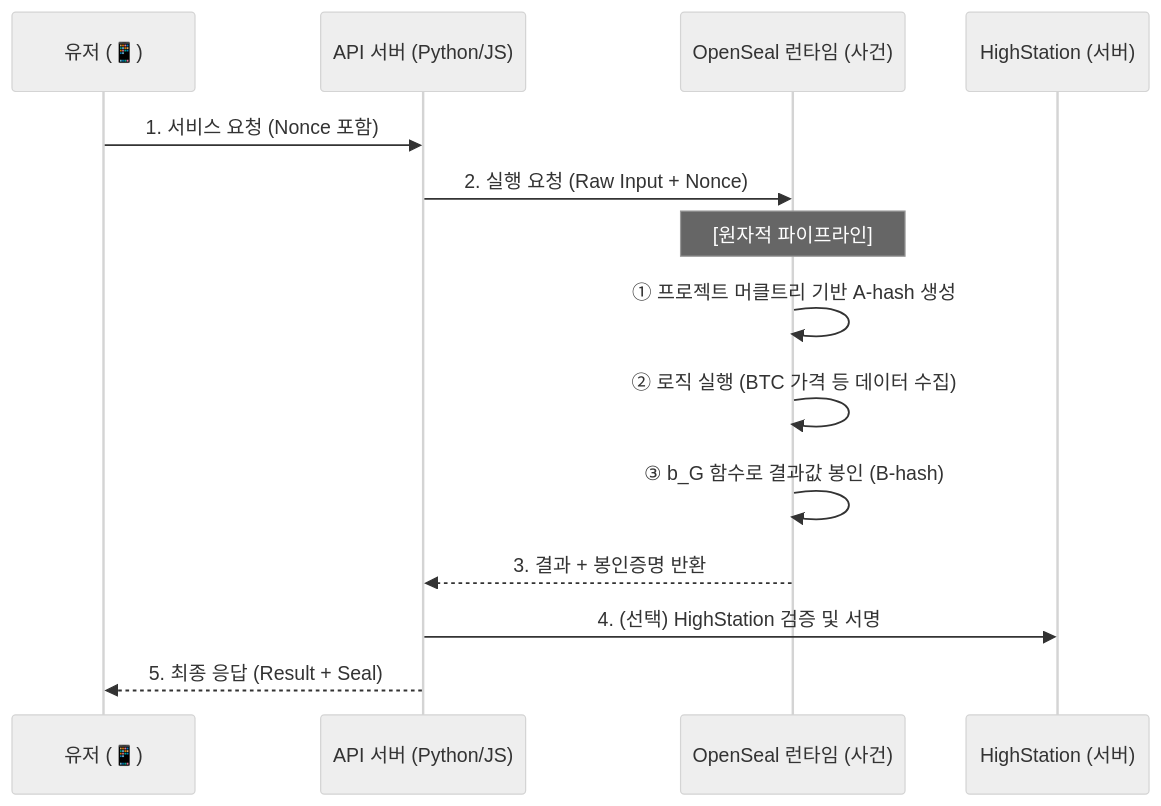
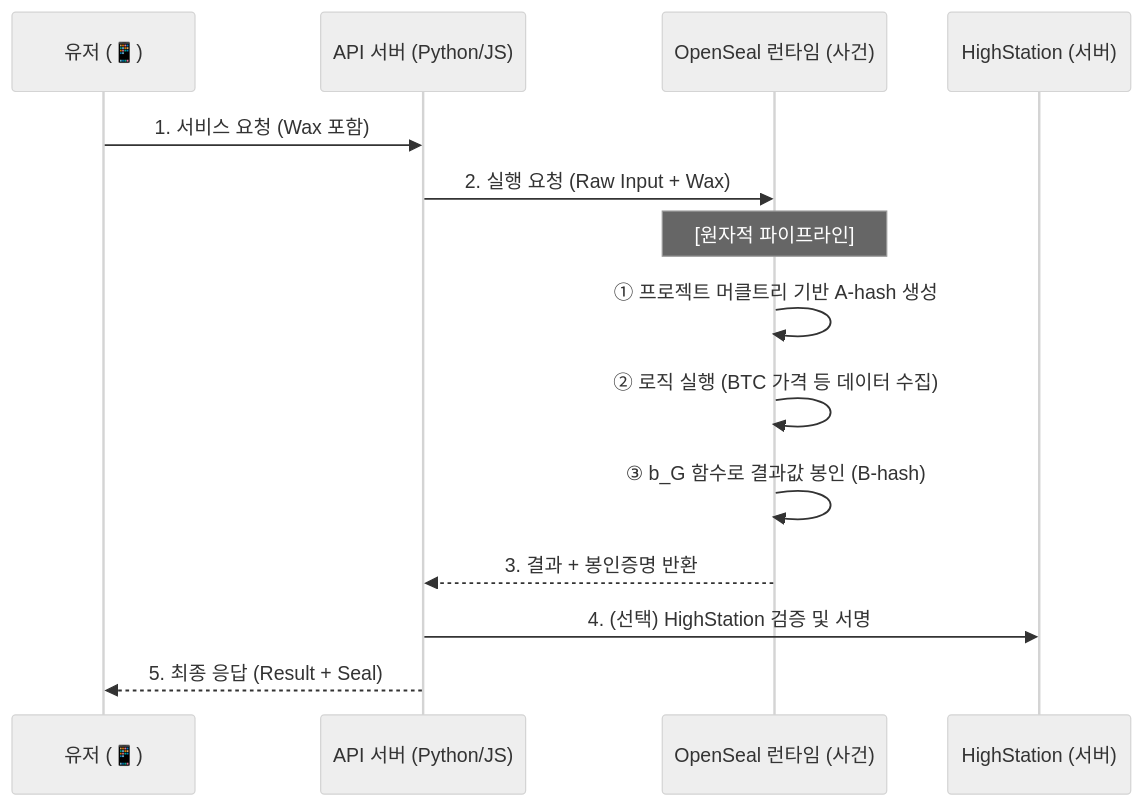
The diagram in README_KR.md (Gnomone/openseal), drawn with Mermaid (neutral theme) before and after one commit. The commit also changed 6 other files, not shown here.

First line of the commit message:
feat: rename nonce to wax for metaphorical branding

````diff
--- a/README_KR.md
+++ b/README_KR.md
@@ -37,19 +37,19 @@
 ```mermaid
 sequenceDiagram
     participant Client as 유저 (📱)
     participant Case as API 서버 (Python/JS)
     participant Event as OpenSeal 런타임 (사건)
     participant HS as HighStation (서버)
 
-    Client->>Case: 1. 서비스 요청 (Nonce 포함)
-    Case->>Event: 2. 실행 요청 (Raw Input + Nonce)
+    Client->>Case: 1. 서비스 요청 (Wax 포함)
+    Case->>Event: 2. 실행 요청 (Raw Input + Wax)
     
     Note over Event: [원자적 파이프라인]
     Event->>Event: ① 프로젝트 머클트리 기반 A-hash 생성
     Event->>Event: ② 로직 실행 (BTC 가격 등 데이터 수집)
     Event->>Event: ③ b_G 함수로 결과값 봉인 (B-hash)
     
     Event-->>Case: 3. 결과 + 봉인증명 반환
     Case->>HS: 4. (선택) HighStation 검증 및 서명
     Case-->>Client: 5. 최종 응답 (Result + Seal)
 ```
````
